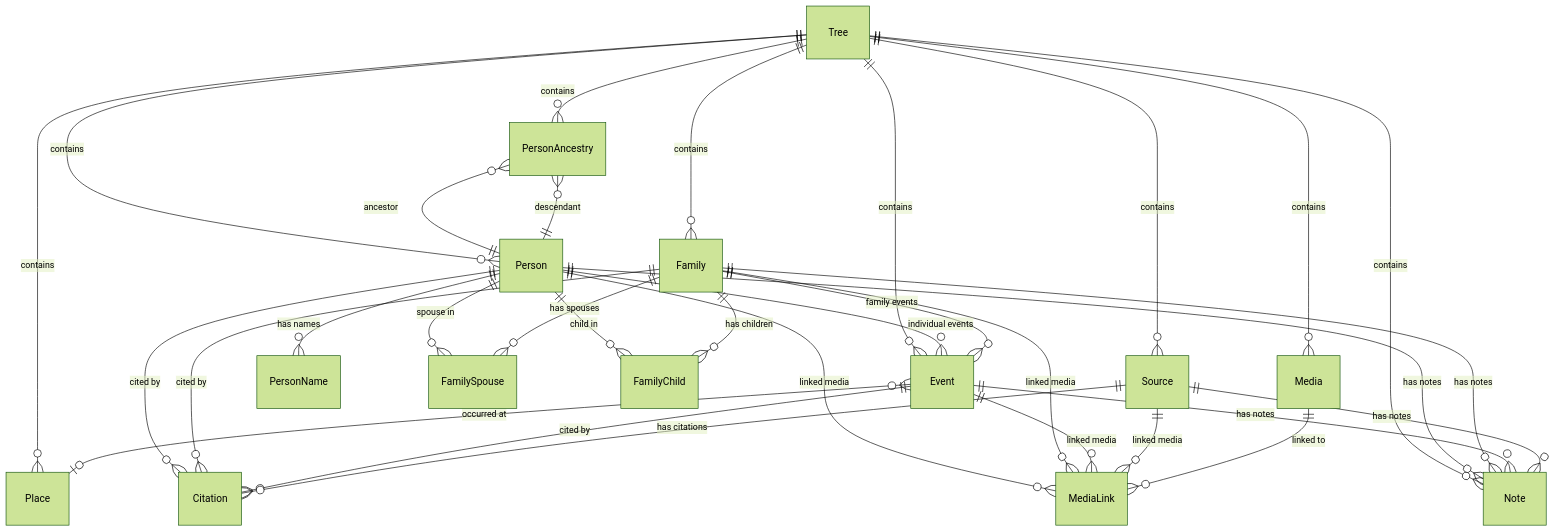
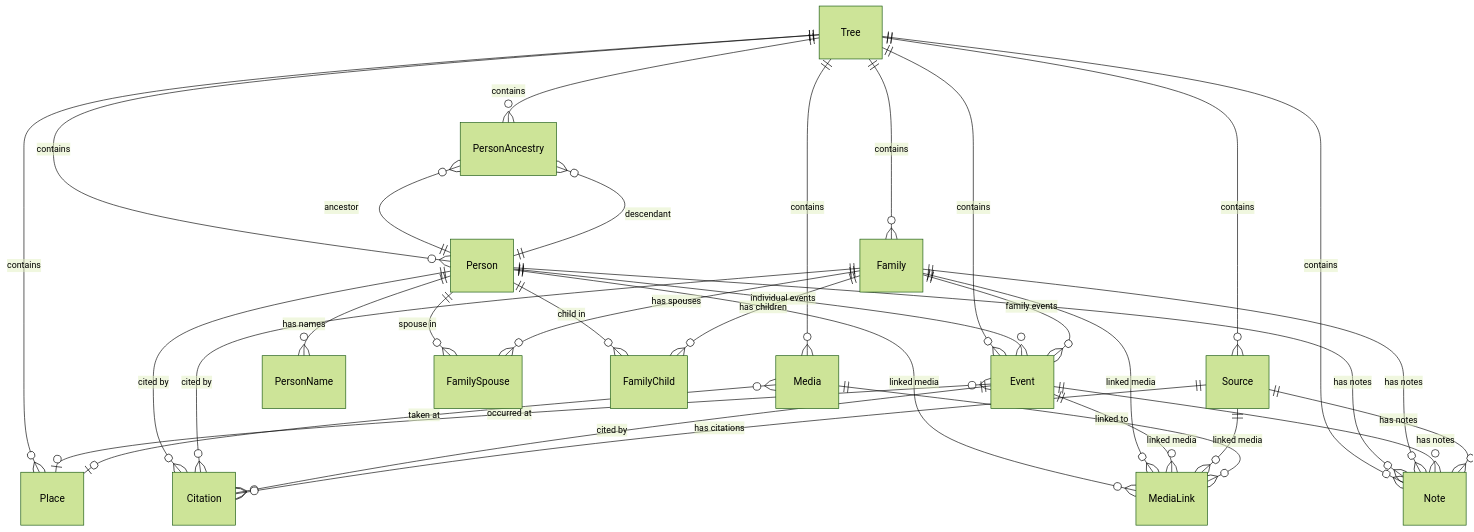
The diagram in docs/specifications/data-model.md (trois-six/oxidgene), drawn with Mermaid (forest theme) before and after one commit. The commit also changed other lines of this file and 8 other files, not shown here.

````diff
--- a/docs/specifications/data-model.md
+++ b/docs/specifications/data-model.md
@@ -285,40 +287,41 @@
 ```mermaid
 erDiagram
     Tree ||--o{ Person : contains
     Tree ||--o{ Family : contains
     Tree ||--o{ Event : contains
     Tree ||--o{ Place : contains
     Tree ||--o{ Source : contains
     Tree ||--o{ Media : contains
     Tree ||--o{ Note : contains
     Tree ||--o{ PersonAncestry : contains
 
     Person ||--o{ PersonName : "has names"
     Person ||--o{ FamilySpouse : "spouse in"
     Person ||--o{ FamilyChild : "child in"
     Person ||--o{ Event : "individual events"
     Person ||--o{ Citation : "cited by"
     Person ||--o{ MediaLink : "linked media"
     Person ||--o{ Note : "has notes"
 
     Family ||--o{ FamilySpouse : "has spouses"
     Family ||--o{ FamilyChild : "has children"
     Family ||--o{ Event : "family events"
     Family ||--o{ Citation : "cited by"
     Family ||--o{ MediaLink : "linked media"
     Family ||--o{ Note : "has notes"
 
     Event }o--o| Place : "occurred at"
+    Media }o--o| Place : "taken at"
     Event ||--o{ Citation : "cited by"
     Event ||--o{ MediaLink : "linked media"
     Event ||--o{ Note : "has notes"
 
     Source ||--o{ Citation : "has citations"
     Source ||--o{ MediaLink : "linked media"
     Source ||--o{ Note : "has notes"
 
     Media ||--o{ MediaLink : "linked to"
 
     PersonAncestry }o--|| Person : "ancestor"
     PersonAncestry }o--|| Person : "descendant"
 ```
````
